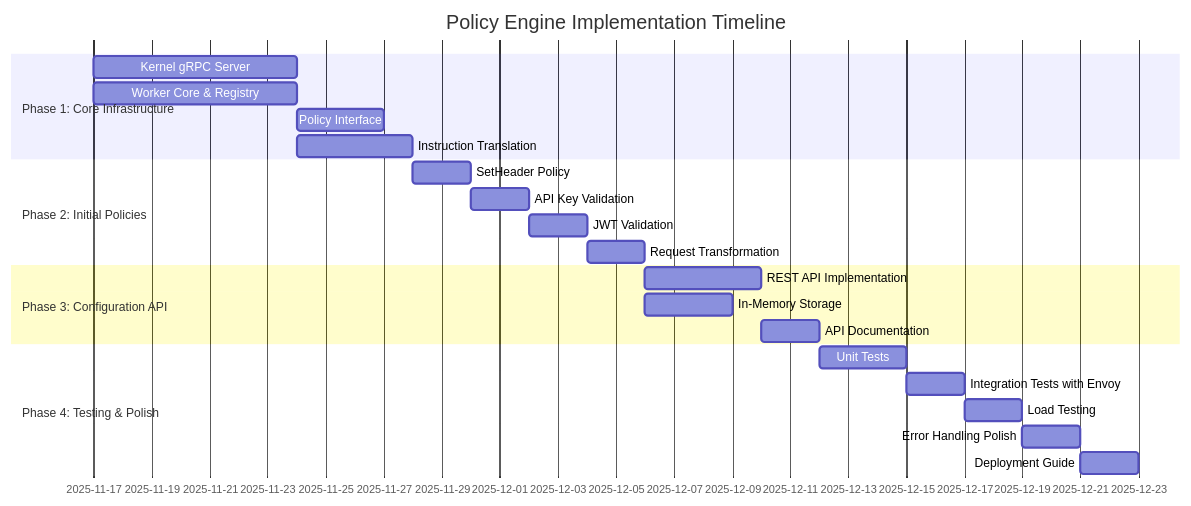
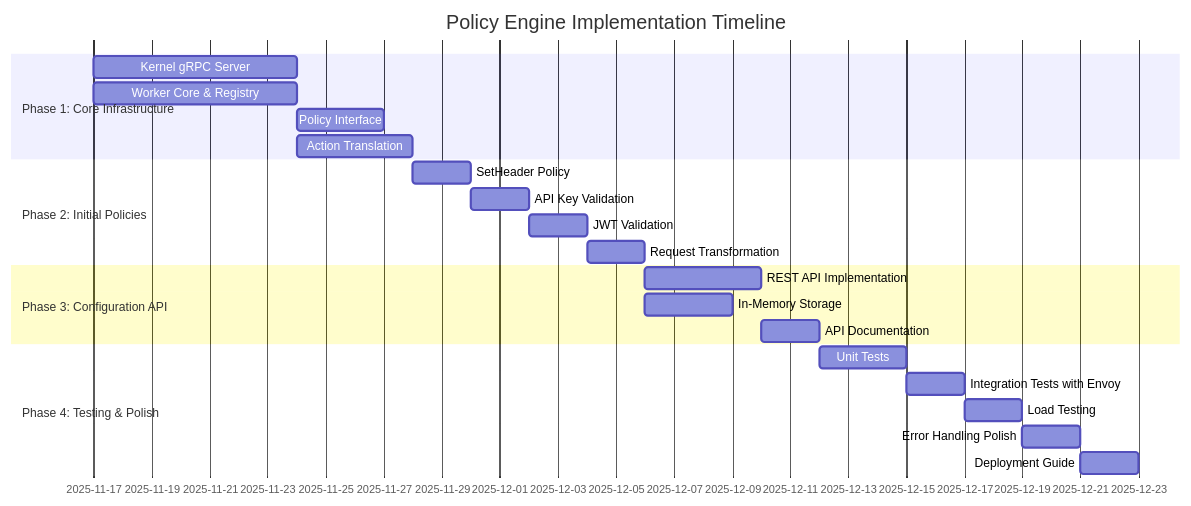
Before and after one commit to wso2/api-platform: the seventh of 7 diagrams in Spec.md, drawn with Mermaid. The commit also changed other lines of this file, not shown here.

````diff
--- a/Spec.md
+++ b/Spec.md
@@ -1213,28 +1307,28 @@
 ```mermaid
 gantt
     title Policy Engine Implementation Timeline
     dateFormat YYYY-MM-DD
     section Phase 1: Core Infrastructure
     Kernel gRPC Server           :p1a, 2025-11-17, 7d
     Worker Core & Registry       :p1b, 2025-11-17, 7d
     Policy Interface             :p1c, after p1b, 3d
-    Instruction Translation      :p1d, after p1b, 4d
+    Action Translation           :p1d, after p1b, 4d
 
     section Phase 2: Initial Policies
     SetHeader Policy             :p2a, after p1d, 2d
     API Key Validation           :p2b, after p2a, 2d
     JWT Validation               :p2c, after p2b, 2d
     Request Transformation       :p2d, after p2c, 2d
 
     section Phase 3: Configuration API
     REST API Implementation      :p3a, after p2d, 4d
     In-Memory Storage            :p3b, after p2d, 3d
     API Documentation            :p3c, after p3a, 2d
 
     section Phase 4: Testing & Polish
     Unit Tests                   :p4a, after p3c, 3d
     Integration Tests with Envoy :p4b, after p4a, 2d
     Load Testing                 :p4c, after p4b, 2d
     Error Handling Polish        :p4d, after p4c, 2d
     Deployment Guide             :p4e, after p4d, 2d
 ```
````
